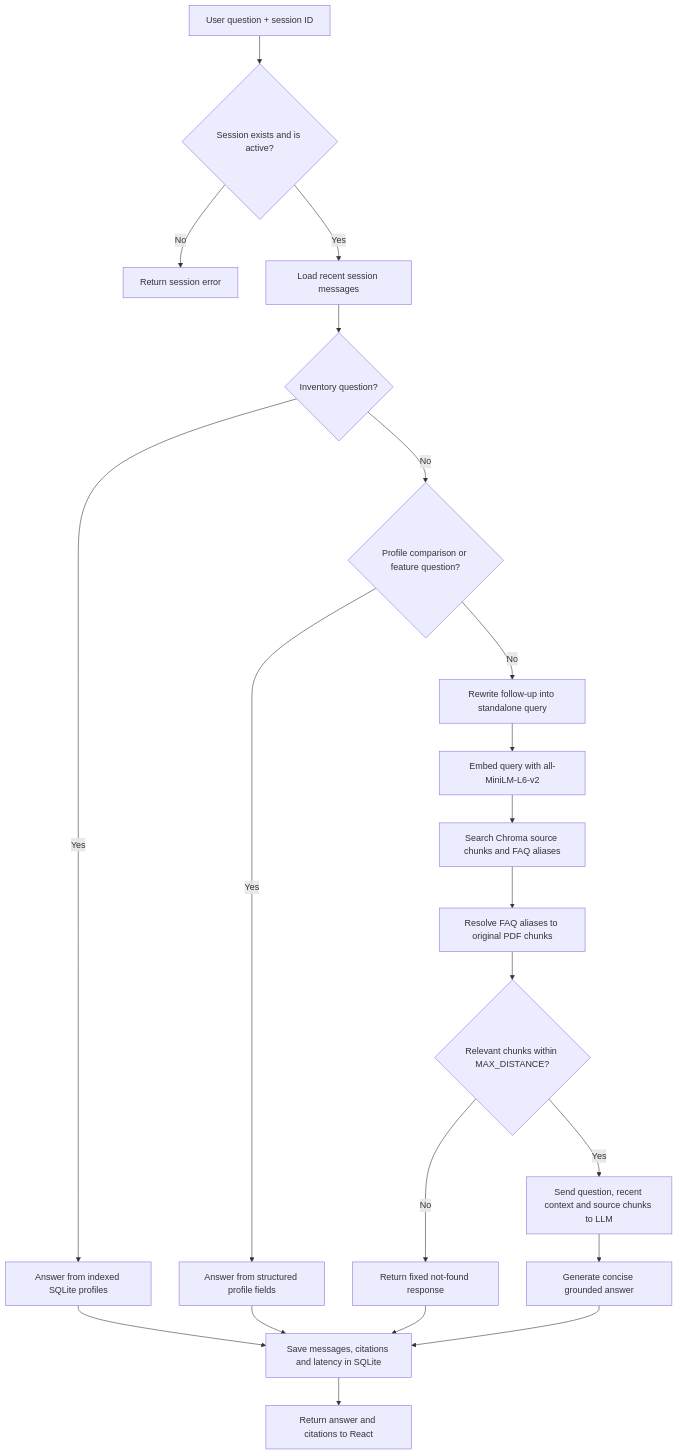
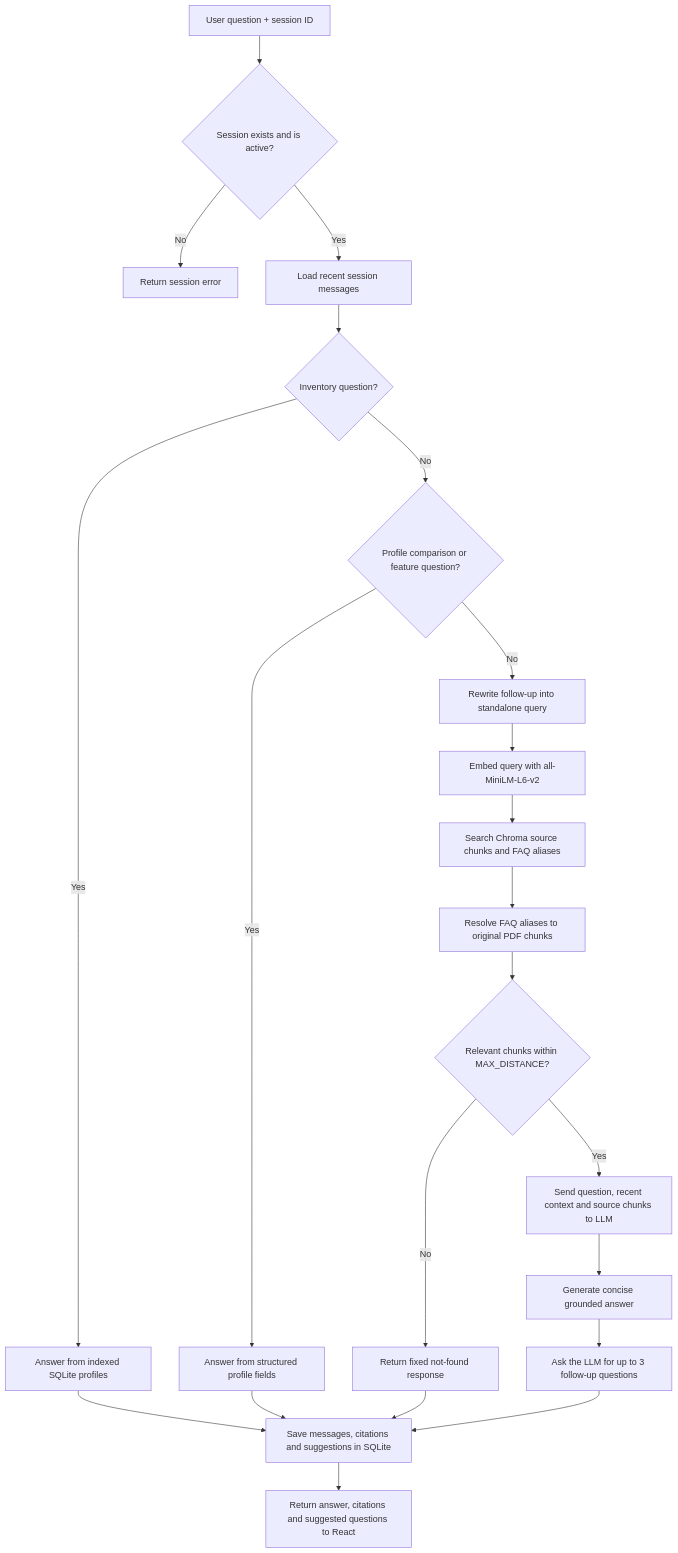
The fourth of 4 diagrams in README.md (abhi-occom/troubleshooter-guide), drawn with Mermaid before and after one commit. The commit also changed other lines of this file and 29 other files, not shown here.

````diff
--- a/README.md
+++ b/README.md
@@ -395,23 +413,24 @@
 ```mermaid
 flowchart TD
     Question["User question + session ID"] --> Session{"Session exists and is active?"}
     Session -- "No" --> SessionError["Return session error"]
     Session -- "Yes" --> Memory["Load recent session messages"]
     Memory --> Inventory{"Inventory question?"}
     Inventory -- "Yes" --> ProfileList["Answer from indexed SQLite profiles"]
     Inventory -- "No" --> Structured{"Profile comparison or feature question?"}
     Structured -- "Yes" --> ProfileAnswer["Answer from structured profile fields"]
     Structured -- "No" --> Rewrite["Rewrite follow-up into standalone query"]
     Rewrite --> QueryEmbed["Embed query with all-MiniLM-L6-v2"]
     QueryEmbed --> Search["Search Chroma source chunks and FAQ aliases"]
     Search --> Resolve["Resolve FAQ aliases to original PDF chunks"]
     Resolve --> Threshold{"Relevant chunks within MAX_DISTANCE?"}
     Threshold -- "No" --> NotFound["Return fixed not-found response"]
     Threshold -- "Yes" --> Prompt["Send question, recent context and source chunks to LLM"]
     Prompt --> Grounded["Generate concise grounded answer"]
-    Grounded --> Save["Save messages, citations and latency in SQLite"]
+    Grounded --> Suggest["Ask the LLM for up to 3 follow-up questions"]
+    Suggest --> Save["Save messages, citations and suggestions in SQLite"]
     ProfileList --> Save
     ProfileAnswer --> Save
     NotFound --> Save
-    Save --> Response["Return answer and citations to React"]
+    Save --> Response["Return answer, citations and suggested questions to React"]
 ```
````
